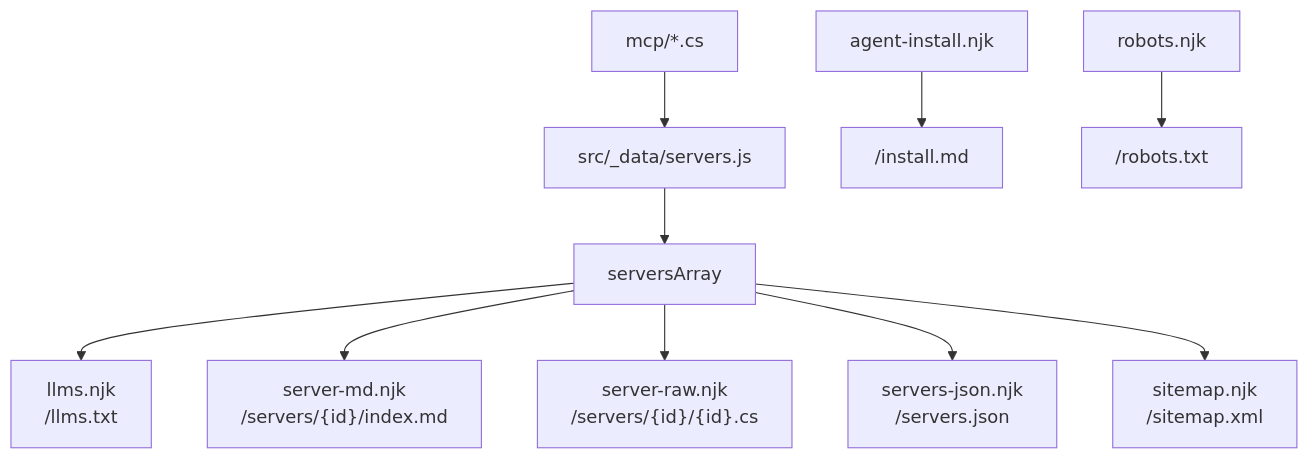
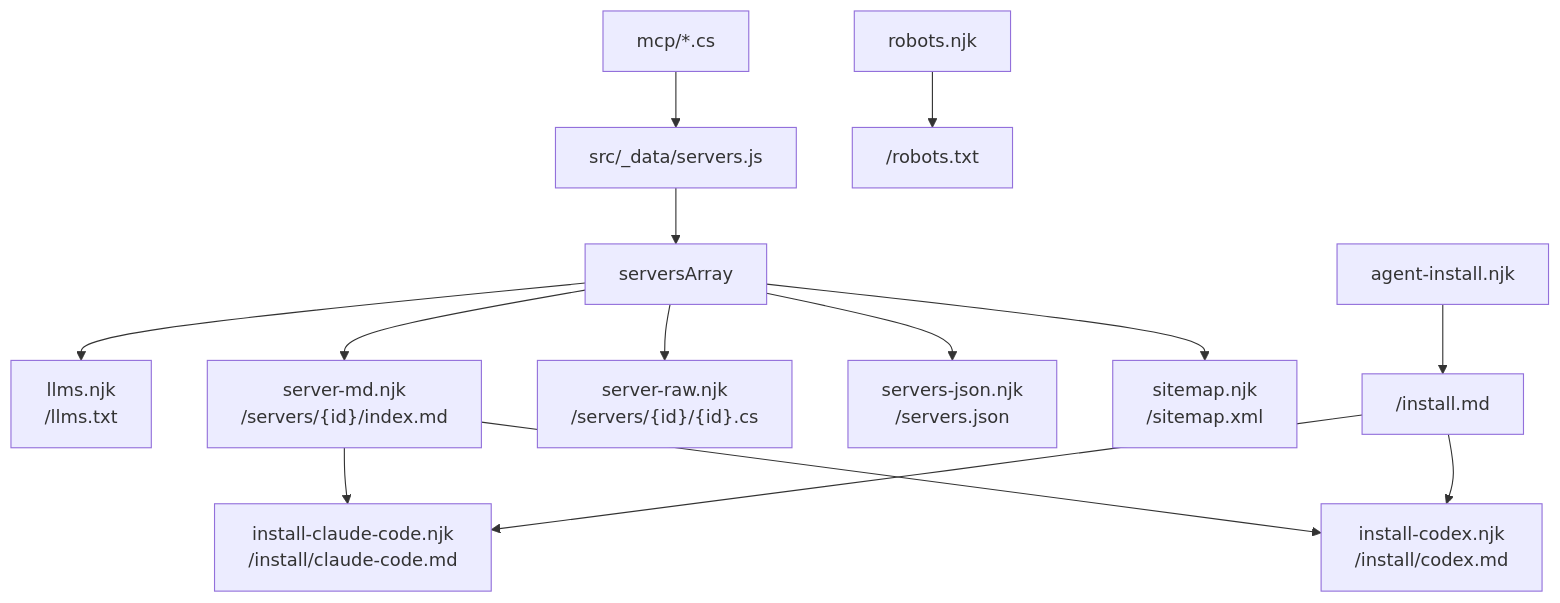
One commit to xakpc/anymcp-io changed the diagram in .lode/site/agent-endpoints.md. Above: the diagram before and after it, drawn with Mermaid. The commit also changed other lines of this file and 18 other files, not shown here.

First line of the commit message:
feat: add Codex to the install instructions

````diff
--- a/.lode/site/agent-endpoints.md
+++ b/.lode/site/agent-endpoints.md
@@ -6,12 +6,16 @@
 ```mermaid
 flowchart TD
     A["mcp/*.cs"] --> B["src/_data/servers.js"]
     B --> C["serversArray"]
     C --> D["llms.njk<br/>/llms.txt"]
     C --> E["server-md.njk<br/>/servers/{id}/index.md"]
     C --> F["server-raw.njk<br/>/servers/{id}/{id}.cs"]
     C --> G["servers-json.njk<br/>/servers.json"]
     C --> H["sitemap.njk<br/>/sitemap.xml"]
     I["agent-install.njk"] --> J["/install.md"]
+    J --> M["install-claude-code.njk<br/>/install/claude-code.md"]
+    J --> N["install-codex.njk<br/>/install/codex.md"]
+    E --> M
+    E --> N
     K["robots.njk"] --> L["/robots.txt"]
 ```
````
